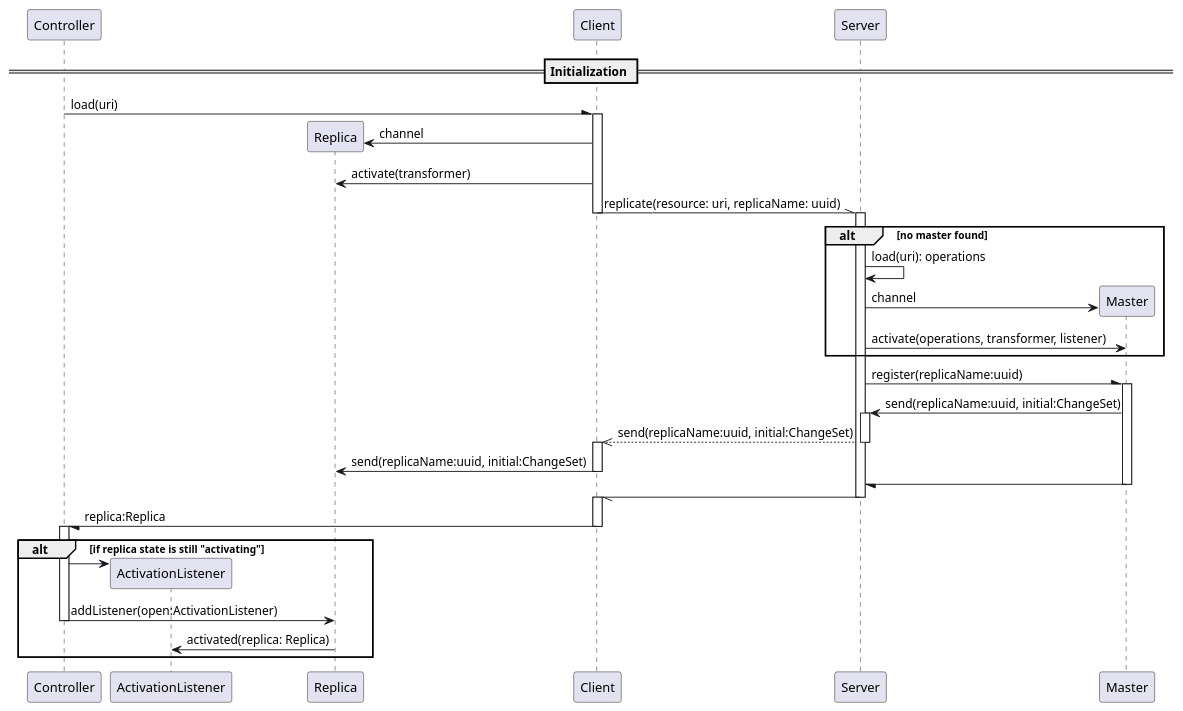
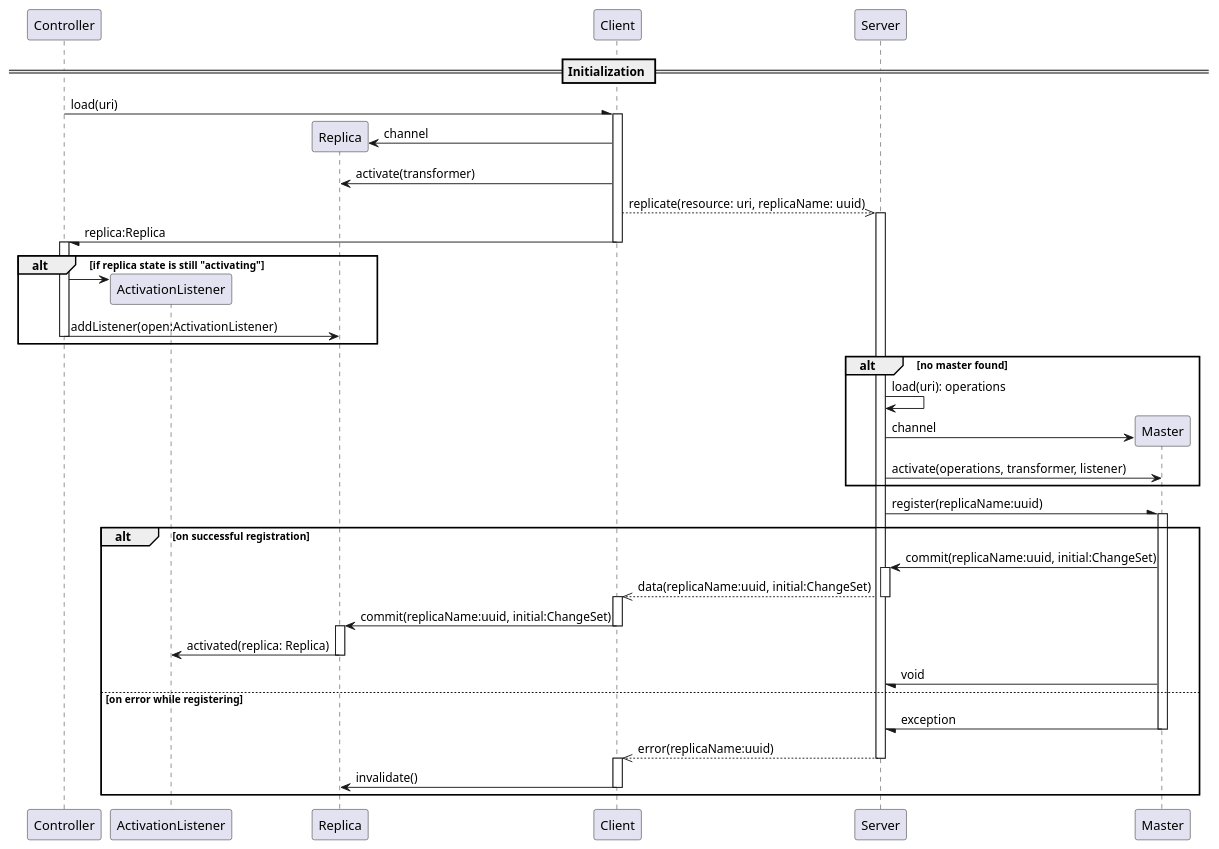
Before and after one commit to davidlinner/march: the diagram in doc/client-server.puml, drawn with PlantUML. The commit also changed 107 other files, not shown here.

```diff
--- a/doc/client-server.puml
+++ b/doc/client-server.puml
@@ -1,64 +1,77 @@
 @startuml
 participant Controller
 participant ActivationListener
 participant Replica
 participant Client
 participant Server
 participant Master
 
 == Initialization ==
 
 Controller -\ Client: load(uri)
 activate Client
 
 Create Replica
 Replica <- Client: channel
 Replica <- Client: activate(transformer)
 
-Client -\\ Server: replicate(resource: uri, replicaName: uuid)
+Client -->> Server: replicate(resource: uri, replicaName: uuid)
+activate Server
+
+Controller \- Client: replica:Replica
 deactivate Client
+activate Controller
+
+alt if replica state is still "activating"
+    Create ActivationListener
+    Controller -> ActivationListener
+
+    Controller -> Replica: addListener(open:ActivationListener)
+    deactivate Controller
+
+end
+
 activate Server
 
 
 alt no master found
     Server -> Server: load(uri): operations
     create Master
     Server -> Master: channel
     Server -> Master: activate(operations, transformer, listener)
 end
 
 Server -\ Master: register(replicaName:uuid)
 activate Master
 
-Server <- Master: send(replicaName:uuid, initial:ChangeSet)
-activate Server
-Client <<-- Server: send(replicaName:uuid, initial:ChangeSet)
-deactivate Server
-activate Client
+alt on successful registration
+    Server <- Master: commit(replicaName:uuid, initial:ChangeSet)
+    activate Server
 
-Replica <- Client: send(replicaName:uuid, initial:ChangeSet)
-deactivate Client
+    Client <<-- Server: data(replicaName:uuid, initial:ChangeSet)
+    deactivate Server
+    activate Client
 
-Server \- Master
-deactivate Master
+    Replica <- Client: commit(replicaName:uuid, initial:ChangeSet)
+    deactivate Client
 
-Client \\- Server
-deactivate Server
-activate Client
+    activate Replica
+    ActivationListener <- Replica: activated(replica: Replica)
+    deactivate Replica
 
-Controller \- Client: replica:Replica
-deactivate Client
-activate Controller
+    Server \- Master: void
 
-alt if replica state is still "activating" 
-Create ActivationListener
-Controller -> ActivationListener
+else on error while registering
+    Server \- Master: exception
+    deactivate Master
 
-Controller -> Replica: addListener(open:ActivationListener)
-deactivate Controller
+    Client <<-- Server :error(replicaName:uuid)
+    deactivate Server
+    activate Client
 
-ActivationListener <- Replica: activated(replica: Replica)
+    Replica <- Client: invalidate()
+    deactivate Client
 
 end
 
 @enduml
```
